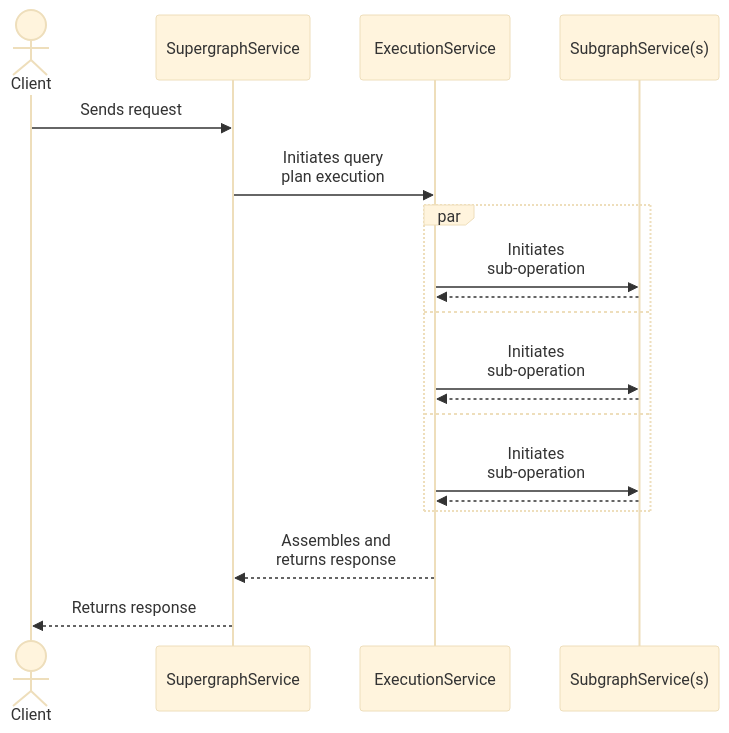
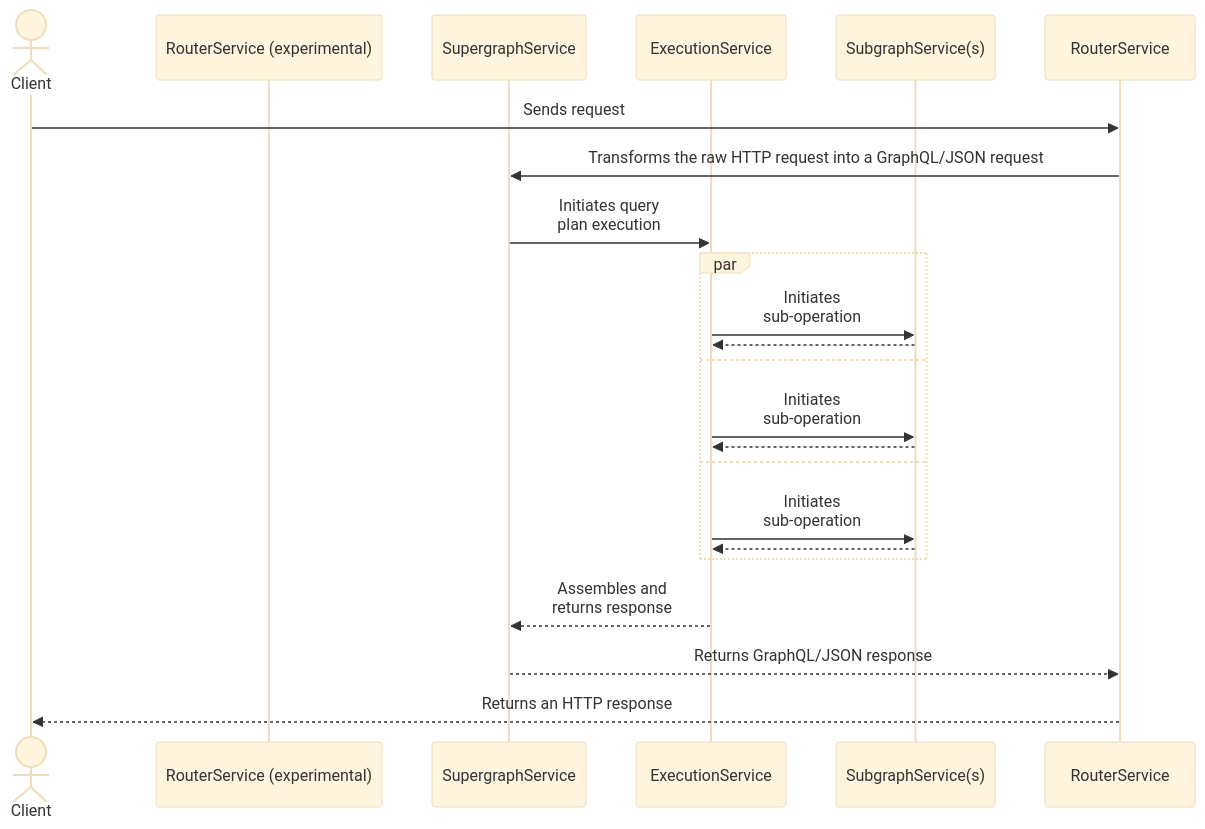
The diagram in docs/source/customizations/overview.mdx (apollographql/router), drawn with Mermaid (base theme) before and after one commit. The commit also changed other lines of this file and 2 other files, not shown here.

Commit message:
add a changelog, and add documentation for the experimental router service

````diff
--- a/docs/source/customizations/overview.mdx
+++ b/docs/source/customizations/overview.mdx
@@ -28,22 +28,25 @@
 ```mermaid
 sequenceDiagram
     actor Client
+    participant RouterService (experimental)
     participant SupergraphService
     participant ExecutionService
     participant SubgraphService(s)
 
-    Client->>SupergraphService: Sends request
+    Client->>RouterService: Sends request
+    RouterService->>SupergraphService: Transforms the raw HTTP request into a GraphQL/JSON request
     SupergraphService->>ExecutionService: Initiates query<br/>plan execution
     par
     ExecutionService->>SubgraphService(s): Initiates<br/>sub-operation
     SubgraphService(s)-->>ExecutionService: 
     and
     ExecutionService->>SubgraphService(s): Initiates<br/>sub-operation
     SubgraphService(s)-->>ExecutionService: 
     and
     ExecutionService->>SubgraphService(s): Initiates<br/>sub-operation
     SubgraphService(s)-->>ExecutionService: 
     end
     ExecutionService-->>SupergraphService: Assembles and<br/>returns response
-    SupergraphService-->>Client: Returns response
+    SupergraphService-->>RouterService: Returns GraphQL/JSON response
+    RouterService-->>Client: Returns an HTTP response
 ```
````
